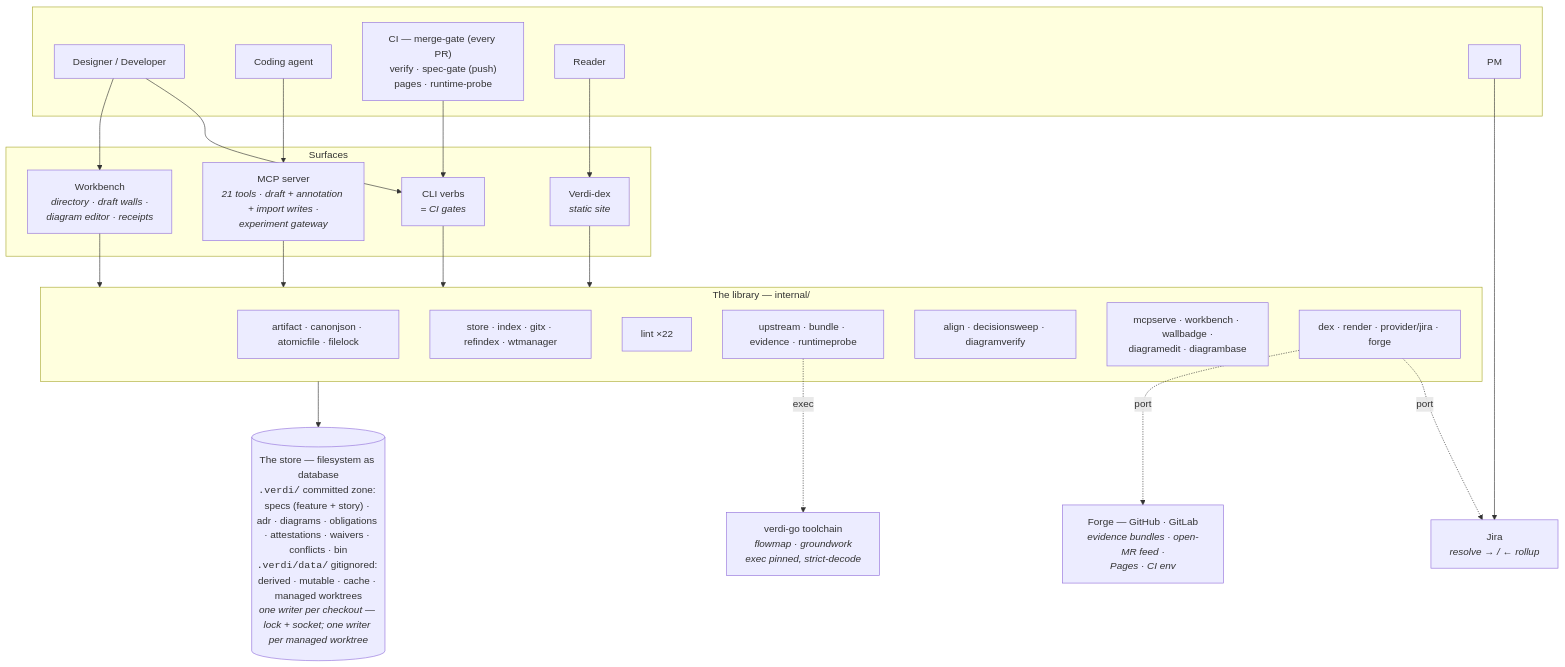
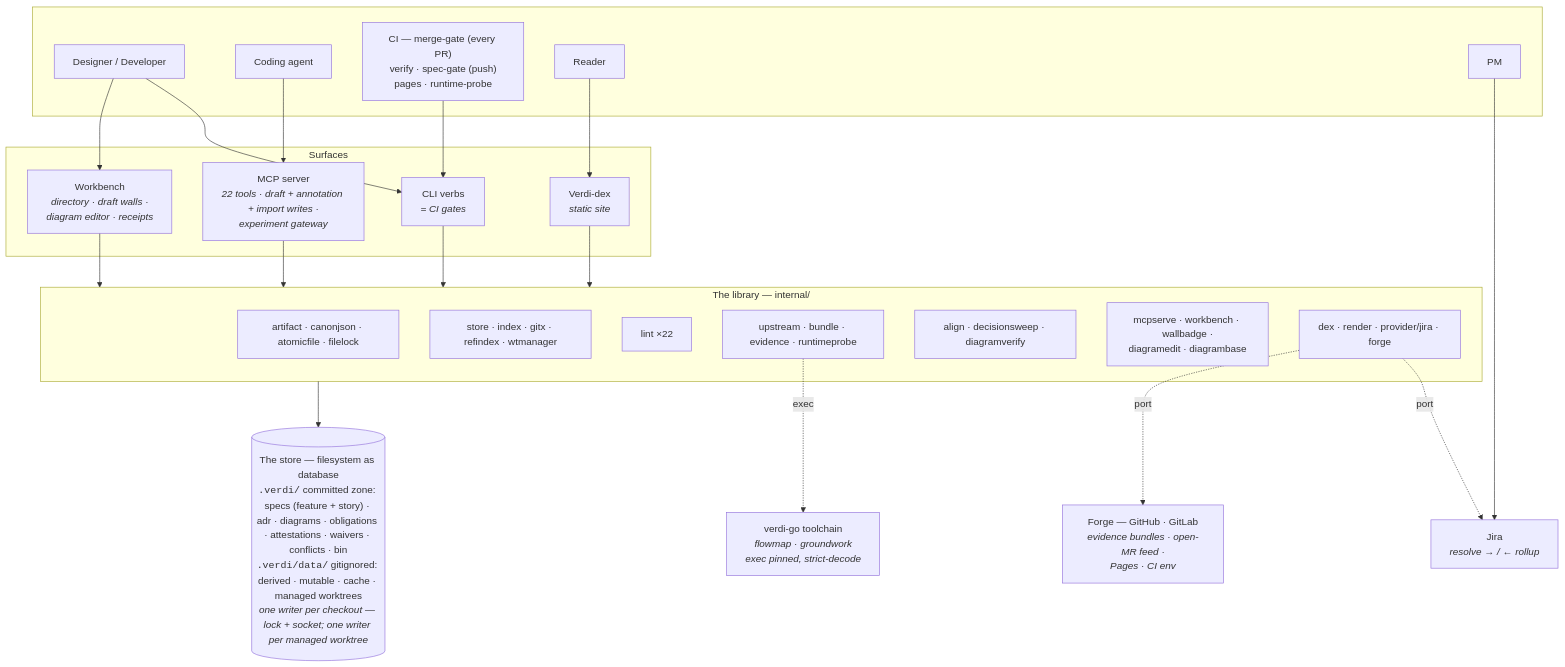
Before and after one commit to jyang234/verdi: the first of 3 diagrams in docs/architecture-and-journeys.md, drawn with Mermaid. The commit also changed other lines of this file and 5 other files, not shown here.

````diff
--- a/docs/architecture-and-journeys.md
+++ b/docs/architecture-and-journeys.md
@@ -54,50 +54,50 @@
 ```mermaid
 flowchart TD
     subgraph actors [" "]
         DEV["Designer / Developer"]
         AGENT["Coding agent"]
         CI["CI — merge-gate (every PR)<br/>verify · spec-gate (push)<br/>pages · runtime-probe"]
         READER["Reader"]
         PM["PM"]
     end
 
     subgraph surfaces ["Surfaces"]
         WB["Workbench<br/><i>directory · draft walls ·<br/>diagram editor · receipts</i>"]
-        MCP["MCP server<br/><i>21 tools · draft + annotation + import writes ·<br/>experiment gateway</i>"]
+        MCP["MCP server<br/><i>22 tools · draft + annotation + import writes ·<br/>experiment gateway</i>"]
         CLI["CLI verbs<br/><i>= CI gates</i>"]
         DEX["Verdi-dex<br/><i>static site</i>"]
     end
 
     subgraph lib ["The library — internal/"]
         L1["artifact · canonjson · atomicfile · filelock"]
         L2["store · index · gitx · refindex · wtmanager"]
         L3["lint ×22"]
         L4["upstream · bundle · evidence · runtimeprobe"]
         L5["align · decisionsweep · diagramverify"]
         L6["mcpserve · workbench · wallbadge ·<br/>diagramedit · diagrambase"]
         L7["dex · render · provider/jira · forge"]
     end
 
     STORE[("The store — filesystem as database<br/><code>.verdi/</code> committed zone: specs (feature + story) · adr · diagrams · obligations · attestations · waivers · conflicts · bin<br/><code>.verdi/data/</code> gitignored: derived · mutable · cache · managed worktrees<br/><i>one writer per checkout — lock + socket; one writer per managed worktree</i>")]
 
     TOOLCHAIN["verdi-go toolchain<br/><i>flowmap · groundwork<br/>exec pinned, strict-decode</i>"]
     FORGE["Forge — GitHub · GitLab<br/><i>evidence bundles · open-MR feed ·<br/>Pages · CI env</i>"]
     JIRA["Jira<br/><i>resolve → / ← rollup</i>"]
 
     DEV --> WB
     DEV --> CLI
     AGENT --> MCP
     CI --> CLI
     READER --> DEX
     PM --> JIRA
 
     WB --> lib
     MCP --> lib
     CLI --> lib
     DEX --> lib
     lib --> STORE
 
     L4 -.exec.-> TOOLCHAIN
     L7 -.port.-> FORGE
     L7 -.port.-> JIRA
 ```
````
